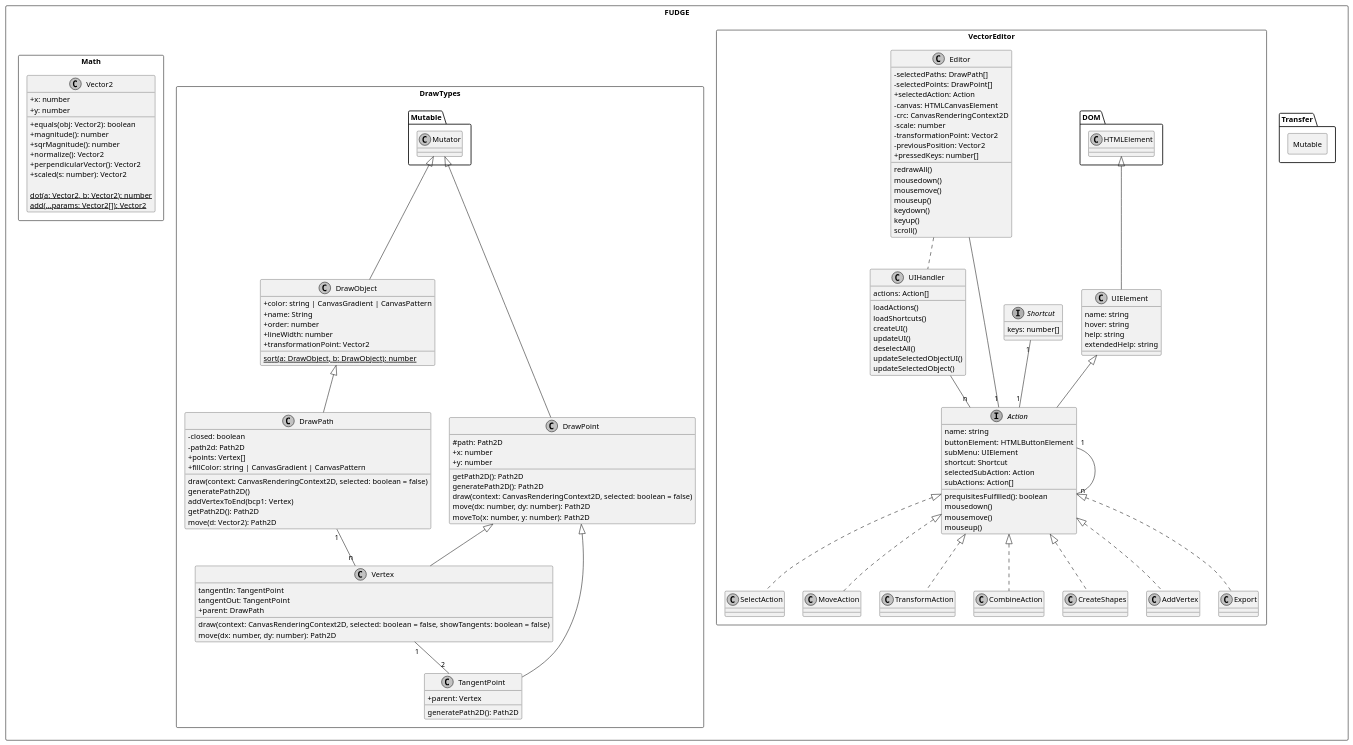
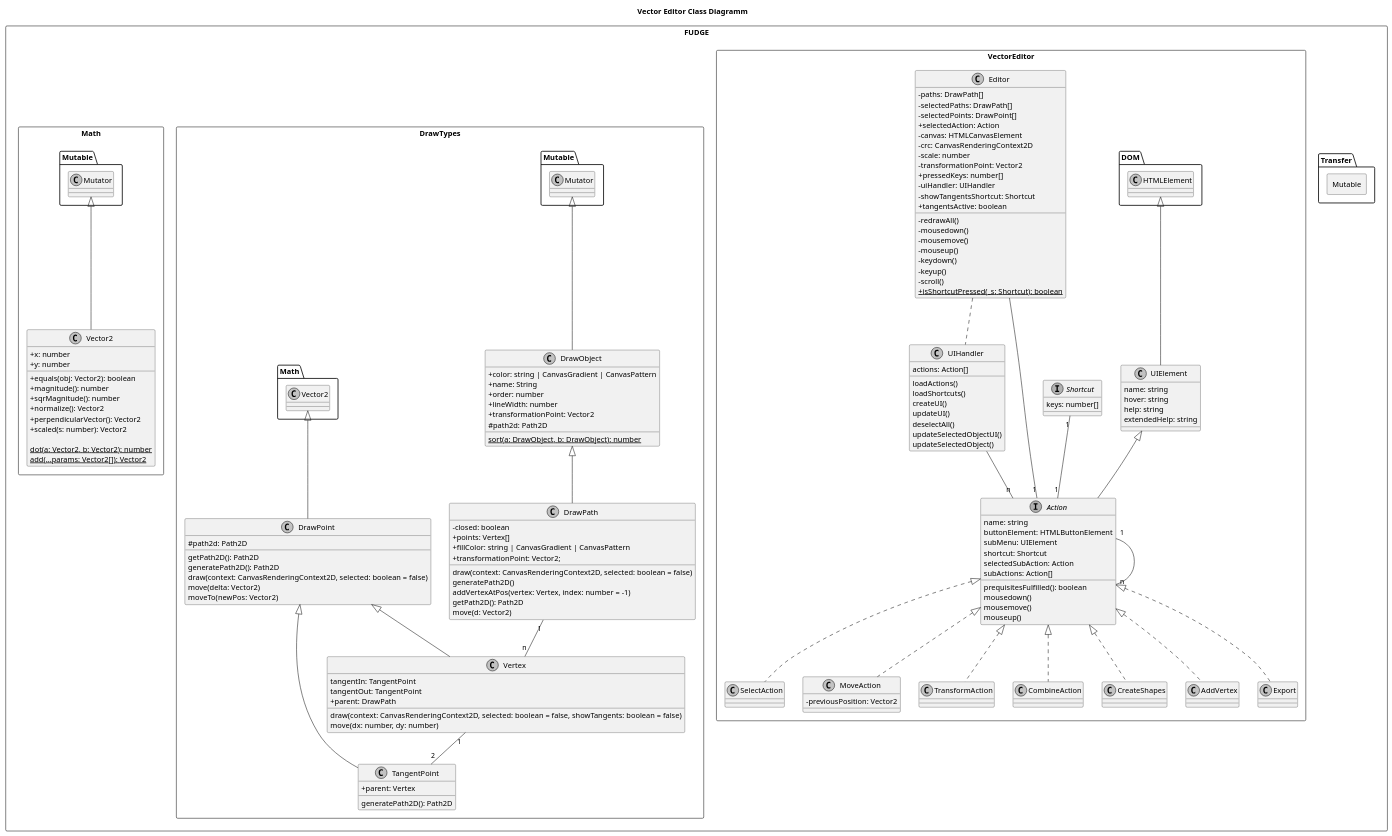
Before and after one commit to JirkaDellOro/FUDGE: the diagram in Experiments/Lukas/VectorEditor/concept/Classes.puml, drawn with PlantUML. The commit also changed 17 other files, not shown here.

Commit message:
Vector Editor Concept

```diff
--- a/Experiments/Lukas/VectorEditor/concept/Classes.puml
+++ b/Experiments/Lukas/VectorEditor/concept/Classes.puml
@@ -1,168 +1,175 @@
 @startuml VE Classes
-	skinparam monochrome true
+skinparam monochrome true
 skinparam componentStyle uml2
 skinparam classAttributeIconSize 0
 skinparam shadowing false
 skinparam handwritten false
+
+title Vector Editor Class Diagramm
 
 ' left to right direction
 package FUDGE <<Rectangle>> {
 	package Transfer {
 		package Mutable <<Rectangle>>{
 			
 		}
 	}
 
 	package VectorEditor <<Rectangle>>{
 		interface Shortcut{
 			keys: number[]
 		}
 		class UIHandler{
 			actions: Action[]
 			loadActions()
 			loadShortcuts()
 			createUI()
 			updateUI()
 			deselectAll()
 			updateSelectedObjectUI()
 			updateSelectedObject()
 		}
 
 		class Editor{
+			- paths: DrawPath[]
 			- selectedPaths: DrawPath[]
 			- selectedPoints: DrawPoint[]
 			+ selectedAction: Action
 			- canvas: HTMLCanvasElement
 			- crc: CanvasRenderingContext2D
 			- scale: number
 			- transformationPoint: Vector2
-			- previousPosition: Vector2
 			+ pressedKeys: number[]
+			- uiHandler: UIHandler
+			- showTangentsShortcut: Shortcut
+			+ tangentsActive: boolean
 
-			redrawAll()
-			mousedown()
-			mousemove()
-			mouseup()
-			keydown()
-			keyup()
-			scroll()
+			- redrawAll()
+			- mousedown()
+			- mousemove()
+			- mouseup()
+			- keydown()
+			- keyup()
+			- scroll()
+			{static} + isShortcutPressed(_s: Shortcut): boolean
 
 		}
 		class UIElement extends DOM.HTMLElement{
 			name: string
 			hover: string
 			help: string
 			extendedHelp: string
 			' element: HTMLElement
 		}
 
 		interface Action implements UIElement{
 			name: string
 			buttonElement: HTMLButtonElement
 			subMenu: UIElement
 			shortcut: Shortcut
 			selectedSubAction: Action
 			subActions: Action[]
 			prequisitesFulfilled(): boolean
 			mousedown()
 			mousemove()
 			mouseup()
 		}
 
 		class SelectAction implements Action {
 
 		}
 		class MoveAction implements Action {
-
+			- previousPosition: Vector2
 		}
 		class TransformAction implements Action {
 
 		}
 		class CombineAction implements Action {
 
 		}
 		class CreateShapes implements Action {
 
 		}
 		class AddVertex implements Action {
 
 		}
 		class Export implements Action {
 
 		}
 
 		'Associations
 		Shortcut "1"-- "1"Action
 		UIHandler -- "n" Action
 		Editor -- "1" Action
 		Editor .. UIHandler
 		Action "1"--"n" Action
 	}
 	package DrawTypes <<Rectangle>>{
 		class DrawObject extends Mutable.Mutator{
 			+ color: string | CanvasGradient | CanvasPattern
 			+ name: String
 			+ order: number
 			+ lineWidth: number
 			+ transformationPoint: Vector2
+			# path2d: Path2D
 			{static} sort(a: DrawObject, b: DrawObject): number
 		}
 
 		class DrawPath extends DrawObject {
 			- closed: boolean
-			- path2d: Path2D
 			+ points: Vertex[]
 			+ fillColor: string | CanvasGradient | CanvasPattern
+			+ transformationPoint: Vector2;
 			draw(context: CanvasRenderingContext2D, selected: boolean = false)
 			generatePath2D()
-			addVertexToEnd(bcp1: Vertex)
+			addVertexAtPos(vertex: Vertex, index: number = -1)
 			getPath2D(): Path2D
-			move(d: Vector2): Path2D
+			move(d: Vector2)
 		}
 
-		class DrawPoint  extends Mutable.Mutator{
-			# path: Path2D
-			+ x: number
-			+ y: number
+		class DrawPoint extends Math.Vector2{
+			# path2d: Path2D
+			' + x: number
+			' + y: number
 			getPath2D(): Path2D
 			generatePath2D(): Path2D
 			draw(context: CanvasRenderingContext2D, selected: boolean = false)
-			move(dx: number, dy: number): Path2D
-			moveTo(x: number, y: number): Path2D
+			move(delta: Vector2)
+			moveTo(newPos: Vector2)
 		}
 
 		class Vertex extends DrawPoint {
 			tangentIn: TangentPoint
 			tangentOut: TangentPoint
 			+ parent: DrawPath
 			draw(context: CanvasRenderingContext2D, selected: boolean = false, showTangents: boolean = false)
-			move(dx: number, dy: number): Path2D
+			move(dx: number, dy: number)
 		}
 
 		class TangentPoint extends DrawPoint {
 			+ parent: Vertex
 			generatePath2D(): Path2D
 		}
 
 		' Associations
 		DrawPath "1" -- "n" Vertex
 		Vertex "1" -- "2" TangentPoint
 	}
 
 	package Math <<rectangle>> {
-		class Vector2{
+		class Vector2 extends Mutable.Mutator{
 			+ x: number
 			+ y: number
 
 			+ equals(obj: Vector2): boolean
 			+ magnitude(): number
 			+ sqrMagnitude(): number
 			+ normalize(): Vector2
 			+ perpendicularVector(): Vector2
 			+ scaled(s: number): Vector2
 
 			{static} dot(a: Vector2, b: Vector2): number
 			{static} add(...params: Vector2[]): Vector2
 	}
 }
 @enduml
```
